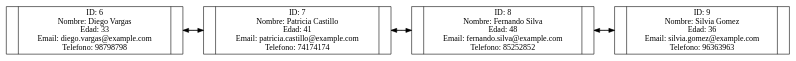
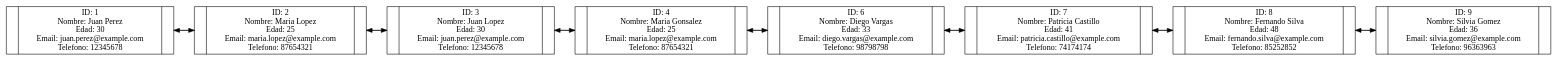
Before and after one commit to 202300512DanielH/IPC2_ProyectoVJ2024_21: the diagram in Reportes/Listas_doblemente_enlazadas.dot, drawn with Graphviz. The commit also changed 33 other files, not shown here.

```diff
--- a/Reportes/Listas_doblemente_enlazadas.dot
+++ b/Reportes/Listas_doblemente_enlazadas.dot
@@ -1,13 +1,25 @@
 digraph G {
         rankdir=LR;
-        node [shape = record, height = .1]node0 [label = "{<f1>| ID: 6\nNombre: Diego Vargas\nEdad: 33\nEmail: diego.vargas@example.com\nTelefono: 98798798|<f2>}"];
-node1 [label = "{<f1>| ID: 7\nNombre: Patricia Castillo\nEdad: 41\nEmail: patricia.castillo@example.com\nTelefono: 74174174|<f2>}"];
-node2 [label = "{<f1>| ID: 8\nNombre: Fernando Silva\nEdad: 48\nEmail: fernando.silva@example.com\nTelefono: 85252852|<f2>}"];
-node3 [label = "{<f1>| ID: 9\nNombre: Silvia Gomez\nEdad: 36\nEmail: silvia.gomez@example.com\nTelefono: 96363963|<f2>}"];
+        node [shape = record, height = .1]node0 [label = "{<f1>| ID: 1\nNombre: Juan Perez\nEdad: 30\nEmail: juan.perez@example.com\nTelefono: 12345678|<f2>}"];
+node1 [label = "{<f1>| ID: 2\nNombre: Maria Lopez\nEdad: 25\nEmail: maria.lopez@example.com\nTelefono: 87654321|<f2>}"];
+node2 [label = "{<f1>| ID: 3\nNombre: Juan Lopez\nEdad: 30\nEmail: juan.perez@example.com\nTelefono: 12345678|<f2>}"];
+node3 [label = "{<f1>| ID: 4\nNombre: Maria Gonsalez\nEdad: 25\nEmail: maria.lopez@example.com\nTelefono: 87654321|<f2>}"];
+node4 [label = "{<f1>| ID: 6\nNombre: Diego Vargas\nEdad: 33\nEmail: diego.vargas@example.com\nTelefono: 98798798|<f2>}"];
+node5 [label = "{<f1>| ID: 7\nNombre: Patricia Castillo\nEdad: 41\nEmail: patricia.castillo@example.com\nTelefono: 74174174|<f2>}"];
+node6 [label = "{<f1>| ID: 8\nNombre: Fernando Silva\nEdad: 48\nEmail: fernando.silva@example.com\nTelefono: 85252852|<f2>}"];
+node7 [label = "{<f1>| ID: 9\nNombre: Silvia Gomez\nEdad: 36\nEmail: silvia.gomez@example.com\nTelefono: 96363963|<f2>}"];
 node0:f2 -> node1:f1;
 node1:f1 -> node0:f2;
 node1:f2 -> node2:f1;
 node2:f1 -> node1:f2;
 node2:f2 -> node3:f1;
 node3:f1 -> node2:f2;
+node3:f2 -> node4:f1;
+node4:f1 -> node3:f2;
+node4:f2 -> node5:f1;
+node5:f1 -> node4:f2;
+node5:f2 -> node6:f1;
+node6:f1 -> node5:f2;
+node6:f2 -> node7:f1;
+node7:f1 -> node6:f2;
 }
```
